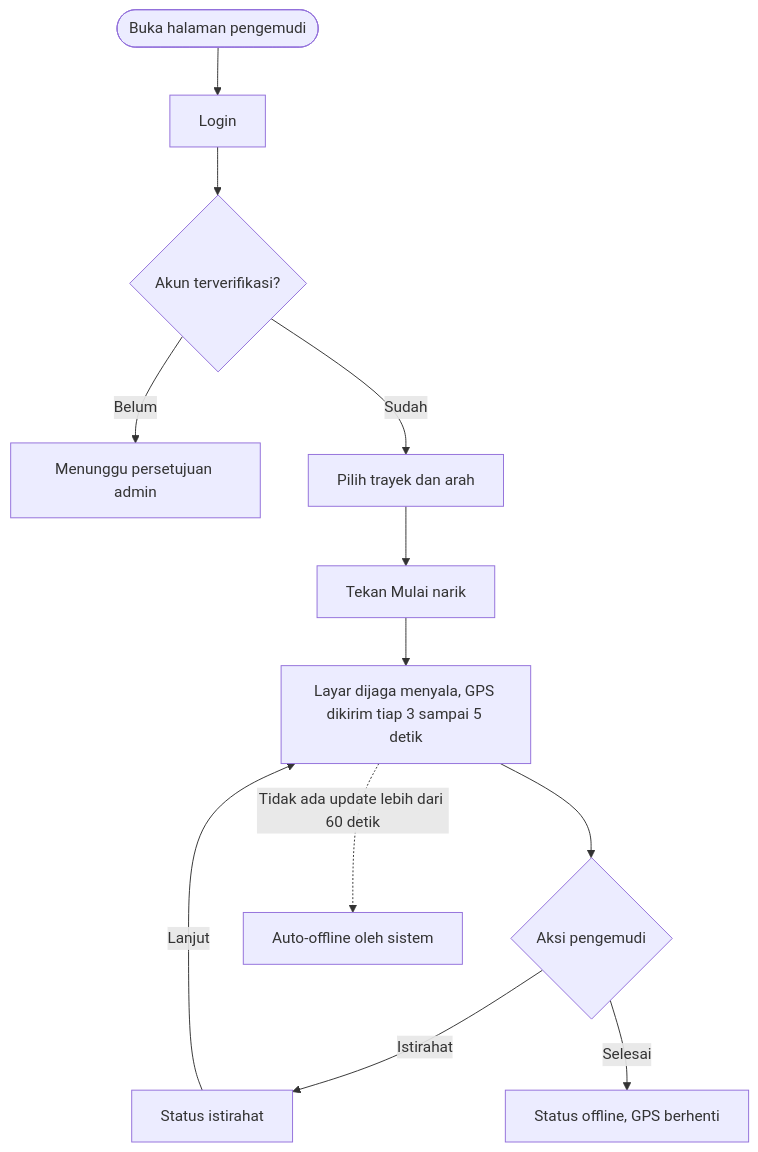
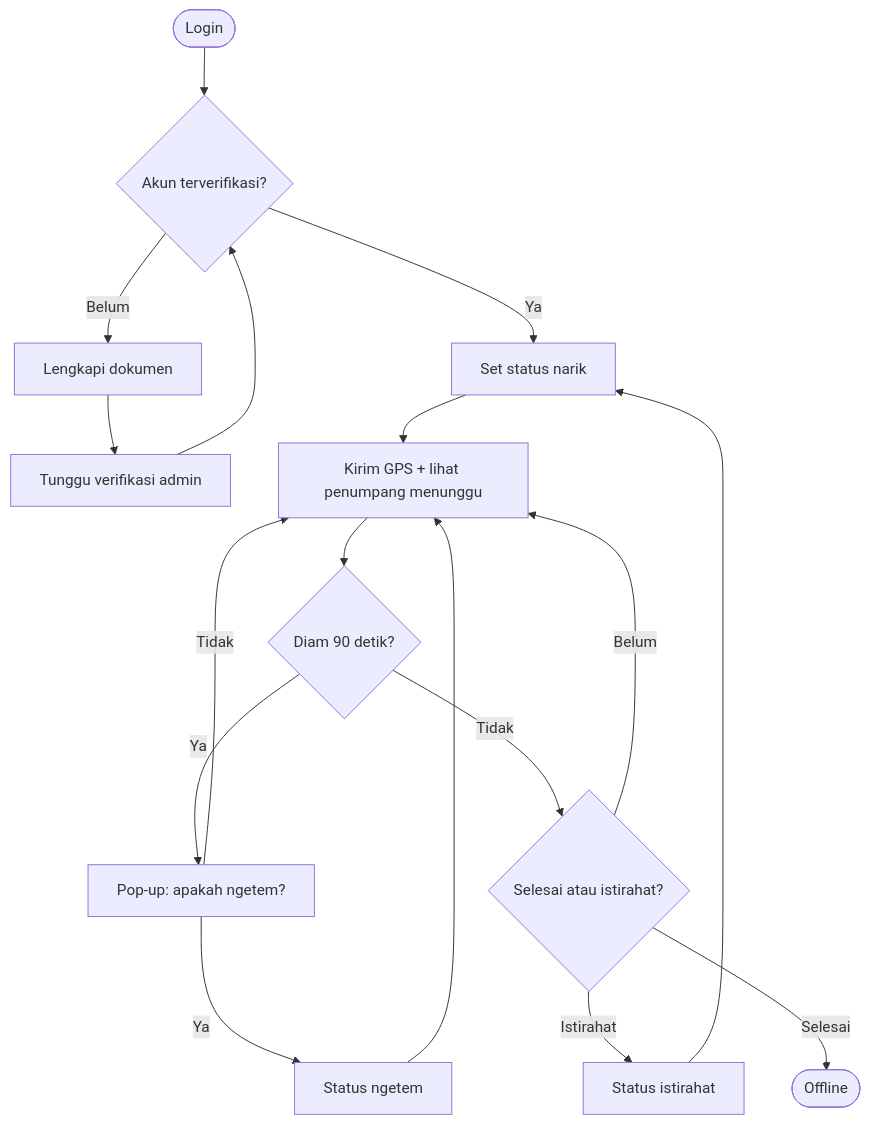
One commit to angkot-live/angkot-live changed the fifth of 6 diagrams in README.md. Above: the diagram before and after it, drawn with Mermaid. The commit also changed other lines of this file, not shown here.

````diff
--- a/README.md
+++ b/README.md
@@ -252,14 +547,19 @@
 ```mermaid
 flowchart TD
-    A(["Buka halaman pengemudi"]) --> B["Login"]
-    B --> C{"Akun terverifikasi?"}
-    C -->|"Belum"| D["Menunggu persetujuan admin"]
-    C -->|"Sudah"| E["Pilih trayek dan arah"]
-    E --> F["Tekan Mulai narik"]
-    F --> G["Layar dijaga menyala, GPS dikirim tiap 3 sampai 5 detik"]
-    G --> H{"Aksi pengemudi"}
-    H -->|"Istirahat"| I["Status istirahat"]
-    I -->|"Lanjut"| G
-    H -->|"Selesai"| J["Status offline, GPS berhenti"]
-    G -.->|"Tidak ada update lebih dari 60 detik"| K["Auto-offline oleh sistem"]
+    A(["Login"]) --> B{"Akun terverifikasi?"}
+    B -->|Belum| C["Lengkapi dokumen"]
+    C --> D["Tunggu verifikasi admin"]
+    D --> B
+    B -->|Ya| E["Set status narik"]
+    E --> F["Kirim GPS + lihat penumpang menunggu"]
+    F --> G{"Diam 90 detik?"}
+    G -->|Ya| H["Pop-up: apakah ngetem?"]
+    H -->|Ya| I["Status ngetem"]
+    I --> F
+    H -->|Tidak| F
+    G -->|Tidak| J{"Selesai atau istirahat?"}
+    J -->|Belum| F
+    J -->|Istirahat| K["Status istirahat"]
+    K --> E
+    J -->|Selesai| L(["Offline"])
 ```
````
